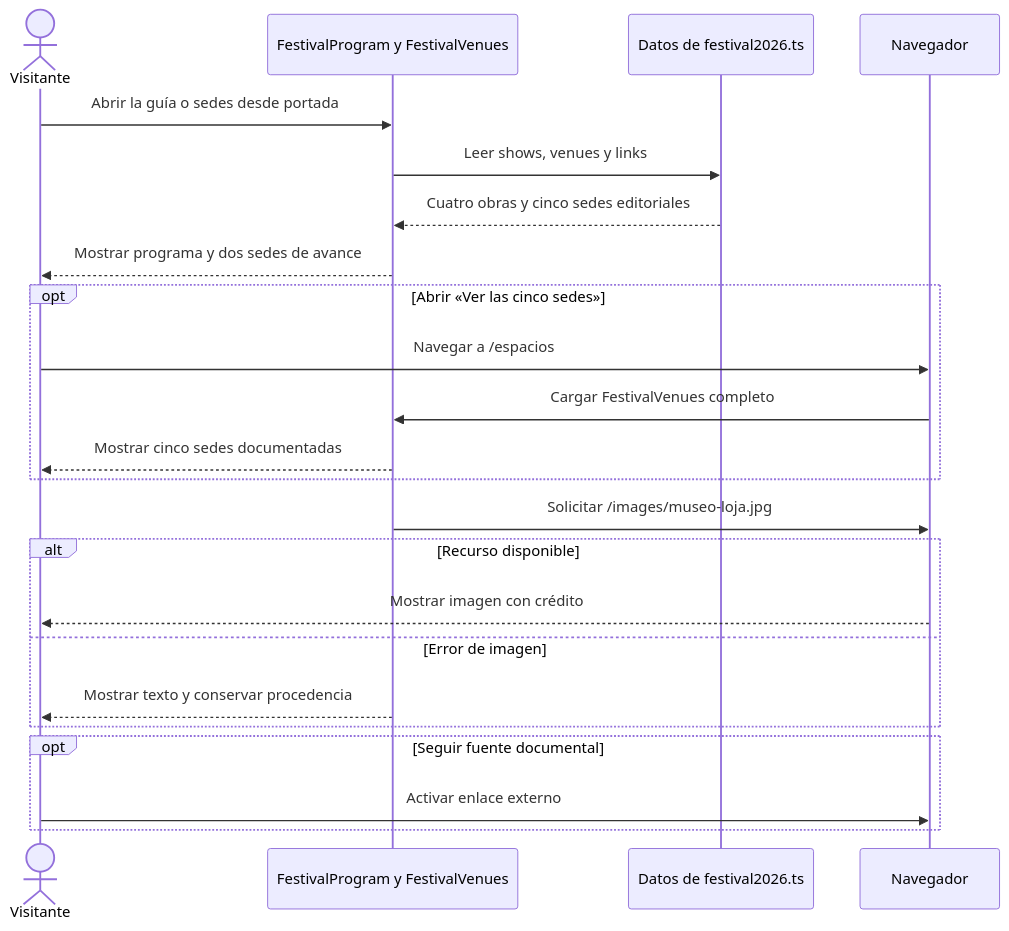
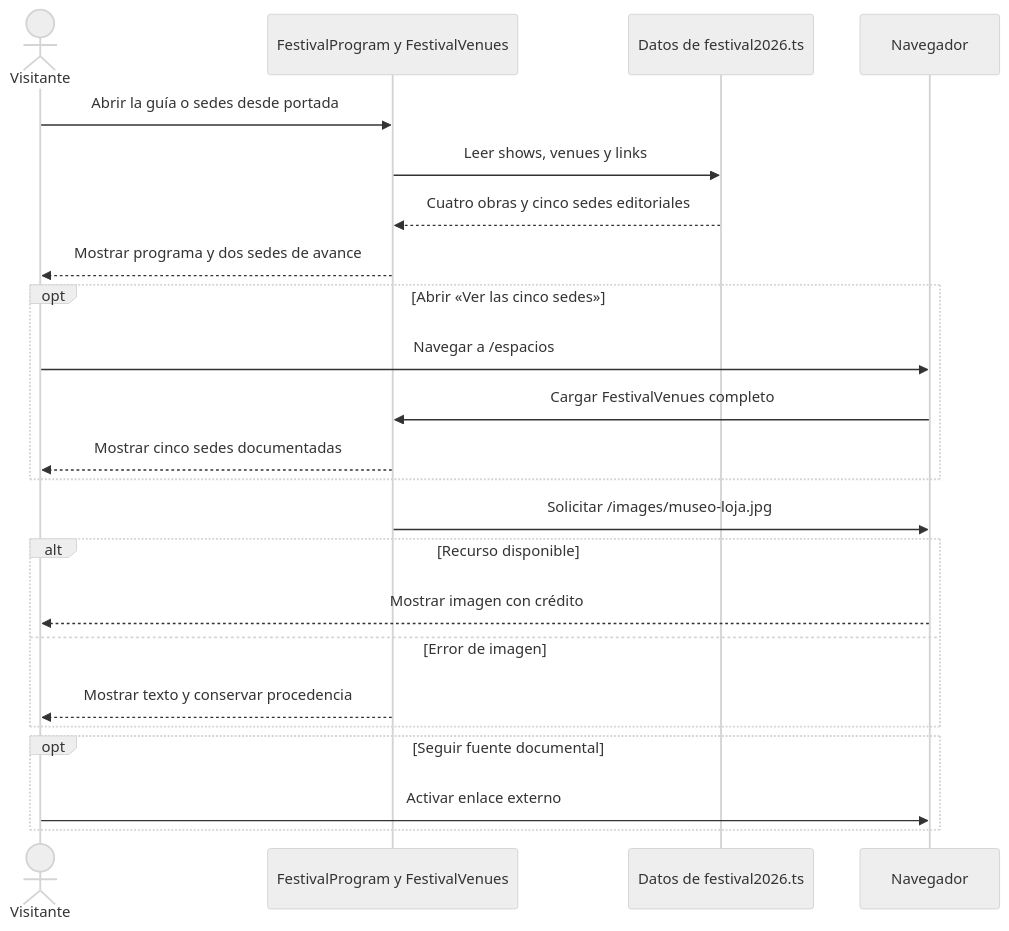
The diagram in docs/architecture/03-vista-procesos/secuencias/CU-20-consultar-guia-editorial.md (magomez36/FIAVL_Arquitectura-de-Software), drawn with Mermaid before and after one commit. The commit also changed 143 other files, not shown here.

Commit message:
docs(architecture): simplifica documentacion y corrige exportacion completa del PDF

````diff
--- a/docs/architecture/03-vista-procesos/secuencias/CU-20-consultar-guia-editorial.md
+++ b/docs/architecture/03-vista-procesos/secuencias/CU-20-consultar-guia-editorial.md
@@ -7,25 +7,29 @@
 ```mermaid
+---
+config:
+  theme: neutral
+---
 sequenceDiagram
 actor V as Visitante
 participant F as FestivalProgram y FestivalVenues
 participant E as Datos de festival2026.ts
 participant N as Navegador
 V->>F: Abrir la guía o sedes desde portada
 F->>E: Leer shows, venues y links
 E-->>F: Cuatro obras y cinco sedes editoriales
 F-->>V: Mostrar programa y dos sedes de avance
 opt Abrir «Ver las cinco sedes»
   V->>N: Navegar a /espacios
   N->>F: Cargar FestivalVenues completo
   F-->>V: Mostrar cinco sedes documentadas
 end
 F->>N: Solicitar /images/museo-loja.jpg
 alt Recurso disponible
   N-->>V: Mostrar imagen con crédito
 else Error de imagen
   F-->>V: Mostrar texto y conservar procedencia
 end
 opt Seguir fuente documental
   V->>N: Activar enlace externo
 end
 ```
````
